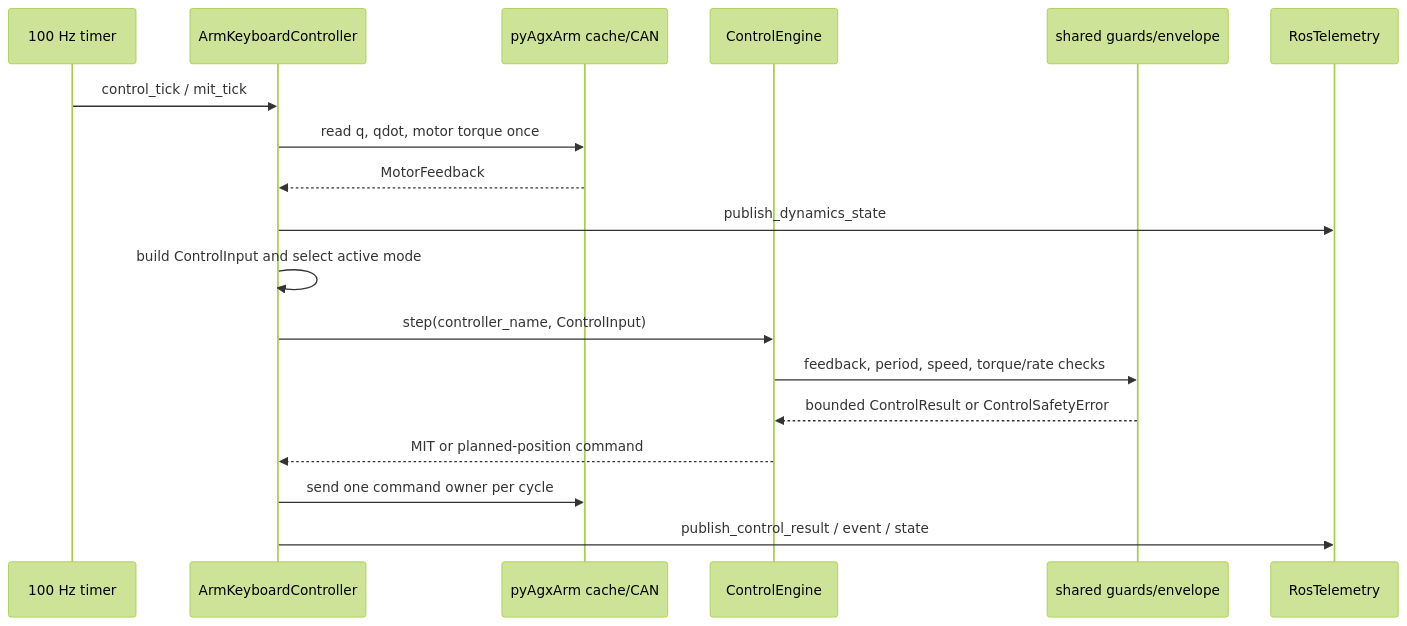
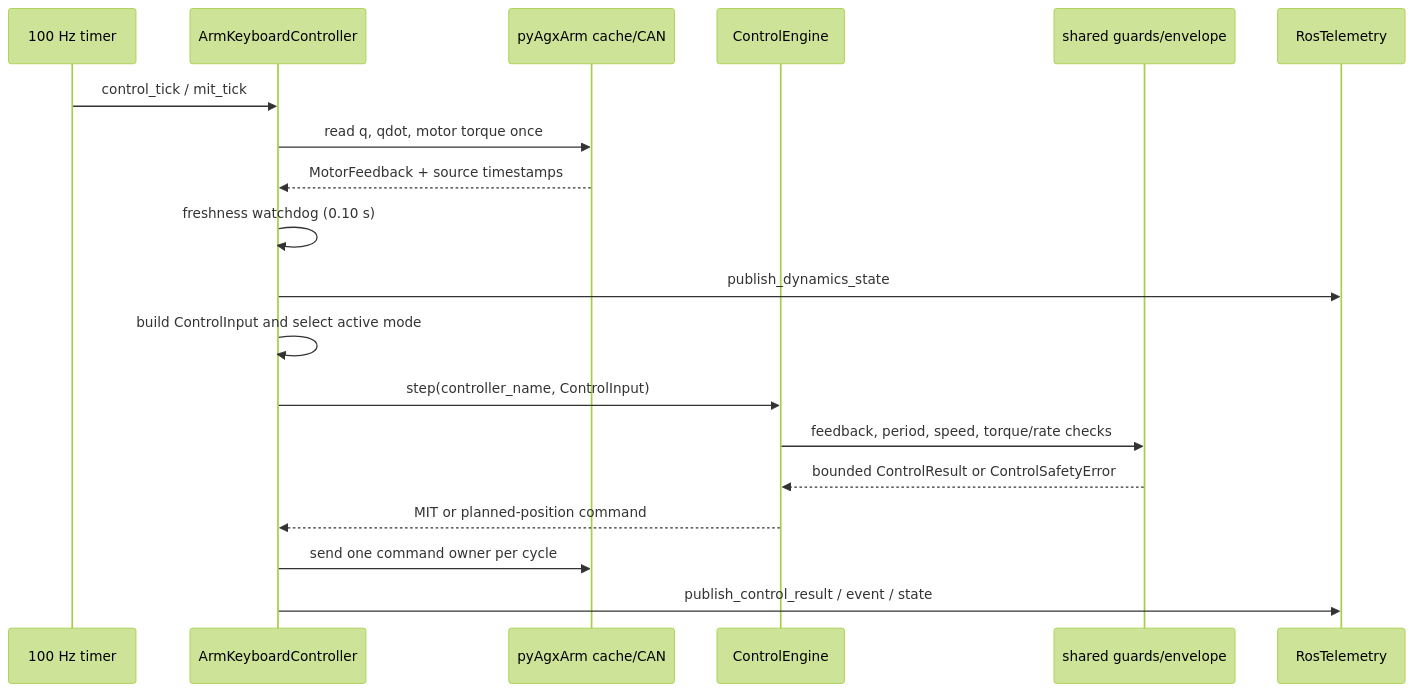
One commit to yangtaowasd/agxarm_control_by_gamecontroller changed the third of 3 diagrams in docs/ROS_NODE_AND_ARCHITECTURE_ZH_EN.md. Above: the diagram before and after it, drawn with Mermaid (forest theme). The commit also changed other lines of this file and 29 other files, not shown here.

````diff
--- a/docs/ROS_NODE_AND_ARCHITECTURE_ZH_EN.md
+++ b/docs/ROS_NODE_AND_ARCHITECTURE_ZH_EN.md
@@ -161,21 +186,22 @@
 ```mermaid
 sequenceDiagram
     participant Timer as 100 Hz timer
     participant Node as ArmKeyboardController
     participant SDK as pyAgxArm cache/CAN
     participant Engine as ControlEngine
     participant Safety as shared guards/envelope
     participant Telemetry as RosTelemetry
 
     Timer->>Node: control_tick / mit_tick
     Node->>SDK: read q, qdot, motor torque once
-    SDK-->>Node: MotorFeedback
+    SDK-->>Node: MotorFeedback + source timestamps
+    Node->>Node: freshness watchdog (0.10 s)
     Node->>Telemetry: publish_dynamics_state
     Node->>Node: build ControlInput and select active mode
     Node->>Engine: step(controller_name, ControlInput)
     Engine->>Safety: feedback, period, speed, torque/rate checks
     Safety-->>Engine: bounded ControlResult or ControlSafetyError
     Engine-->>Node: MIT or planned-position command
     Node->>SDK: send one command owner per cycle
     Node->>Telemetry: publish_control_result / event / state
 ```
````
